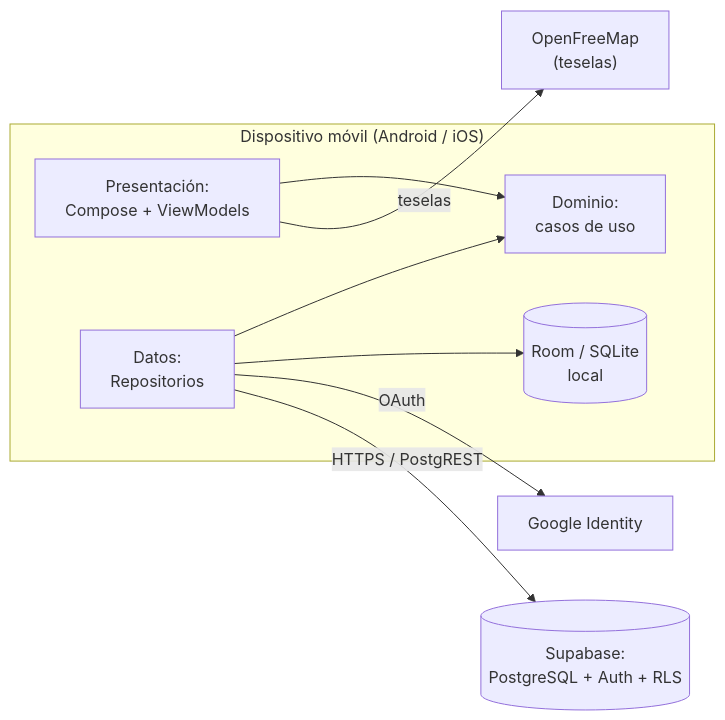
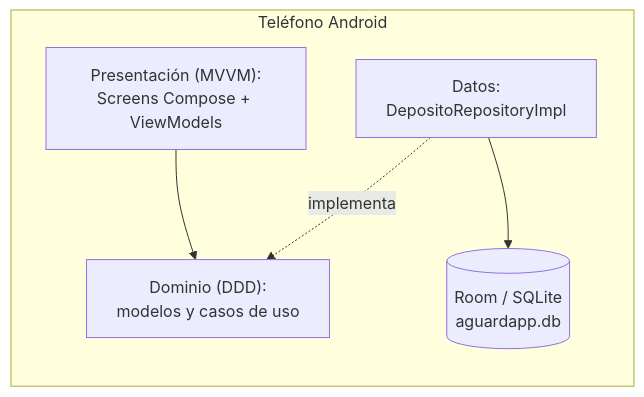
Before and after one commit to IkerASierraR/AguardApp: the first of 4 diagrams in informes/FD05-Informe-Final.md, drawn with Mermaid. The commit also changed other lines of this file and 2 other files, not shown here.

````diff
--- a/informes/FD05-Informe-Final.md
+++ b/informes/FD05-Informe-Final.md
@@ -137,19 +144,13 @@
 ```mermaid
 flowchart LR
-    subgraph DM["Dispositivo móvil (Android / iOS)"]
-        PRES["Presentación:<br/>Compose + ViewModels"]
-        DOM["Dominio:<br/>casos de uso"]
-        DAT["Datos:<br/>Repositorios"]
-        ROOM[("Room / SQLite<br/>local")]
+    subgraph DM["Teléfono Android"]
+        PRES["Presentación (MVVM):<br/>Screens Compose + ViewModels"]
+        DOM["Dominio (DDD):<br/>modelos y casos de uso"]
+        DAT["Datos:<br/>DepositoRepositoryImpl"]
+        ROOM[("Room / SQLite<br/>aguardapp.db")]
     end
-    OFM["OpenFreeMap<br/>(teselas)"]
-    GI["Google Identity"]
-    SB[("Supabase:<br/>PostgreSQL + Auth + RLS")]
 
     PRES --> DOM
-    DAT --> DOM
+    DAT -. implementa .-> DOM
     DAT --> ROOM
-    PRES -- teselas --> OFM
-    DAT -- OAuth --> GI
-    DAT -- "HTTPS / PostgREST" --> SB
 ```
````
